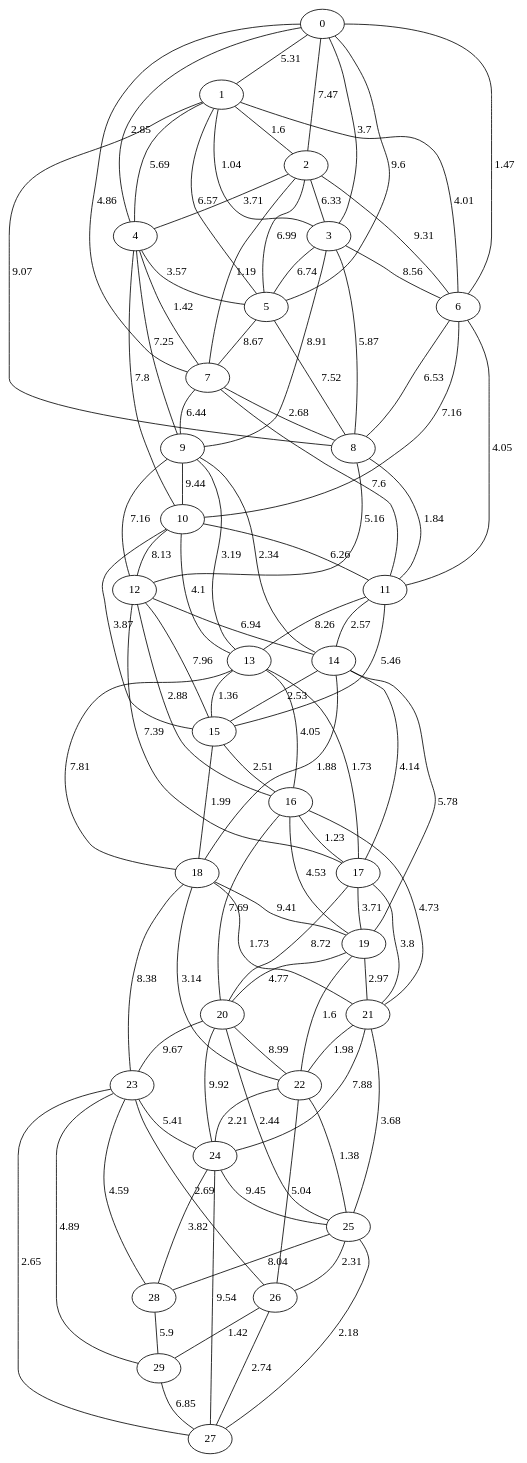
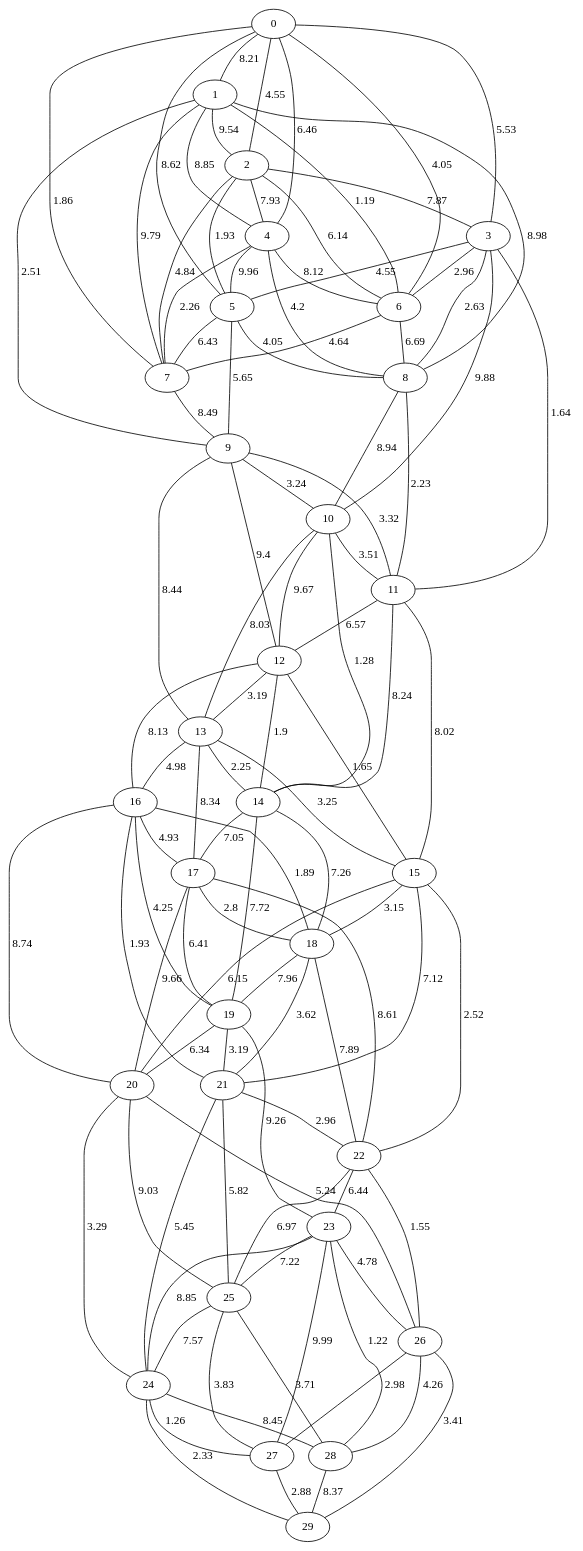
The diagram in Proyecto 4/Grafos Generados/grafo_Barabási-Albert_30_no dirigido.gv (amorac4/DAA24), drawn with Graphviz before and after one commit. The commit also changed 65 other files, not shown here.

```diff
--- a/Proyecto 4/Grafos Generados/grafo_Barabási-Albert_30_no dirigido.gv
+++ b/Proyecto 4/Grafos Generados/grafo_Barabási-Albert_30_no dirigido.gv
@@ -1,132 +1,133 @@
 graph G {
 "0";
 "1";
 "2";
 "3";
 "4";
 "5";
 "6";
 "7";
 "8";
 "9";
 "10";
 "11";
 "12";
 "13";
 "14";
 "15";
 "16";
 "17";
 "18";
 "19";
 "20";
 "21";
 "22";
 "23";
 "24";
 "25";
 "26";
 "27";
 "28";
 "29";
-    "14" -- "17"[label="4.14", len="4.14"];
-    "20" -- "25"[label="2.44", len="2.44"];
-    "0" -- "7"[label="4.86", len="4.86"];
-    "17" -- "20"[label="8.72", len="8.72"];
-    "13" -- "17"[label="1.73", len="1.73"];
-    "1" -- "6"[label="4.01", len="4.01"];
-    "18" -- "19"[label="9.41", len="9.41"];
-    "23" -- "26"[label="2.69", len="2.69"];
-    "2" -- "5"[label="6.99", len="6.99"];
-    "5" -- "8"[label="7.52", len="7.52"];
-    "24" -- "27"[label="9.54", len="9.54"];
-    "6" -- "10"[label="7.16", len="7.16"];
-    "14" -- "18"[label="1.88", len="1.88"];
-    "25" -- "26"[label="2.31", len="2.31"];
-    "12" -- "17"[label="7.39", len="7.39"];
-    "0" -- "4"[label="2.85", len="2.85"];
-    "4" -- "10"[label="7.8", len="7.8"];
-    "2" -- "6"[label="9.31", len="9.31"];
-    "9" -- "14"[label="2.34", len="2.34"];
-    "4" -- "5"[label="3.57", len="3.57"];
-    "10" -- "13"[label="4.1", len="4.1"];
-    "14" -- "15"[label="2.53", len="2.53"];
-    "16" -- "19"[label="4.53", len="4.53"];
-    "0" -- "1"[label="5.31", len="5.31"];
-    "22" -- "25"[label="1.38", len="1.38"];
-    "8" -- "12"[label="5.16", len="5.16"];
-    "23" -- "28"[label="4.59", len="4.59"];
-    "11" -- "15"[label="5.46", len="5.46"];
-    "15" -- "16"[label="2.51", len="2.51"];
-    "7" -- "8"[label="2.68", len="2.68"];
-    "21" -- "24"[label="7.88", len="7.88"];
-    "22" -- "26"[label="5.04", len="5.04"];
-    "26" -- "29"[label="1.42", len="1.42"];
-    "13" -- "16"[label="4.05", len="4.05"];
-    "1" -- "5"[label="6.57", len="6.57"];
-    "3" -- "6"[label="8.56", len="8.56"];
-    "24" -- "28"[label="3.82", len="3.82"];
-    "6" -- "11"[label="4.05", len="4.05"];
-    "14" -- "19"[label="5.78", len="5.78"];
-    "0" -- "5"[label="9.6", len="9.6"];
-    "18" -- "21"[label="1.73", len="1.73"];
-    "23" -- "24"[label="5.41", len="5.41"];
-    "3" -- "5"[label="6.74", len="6.74"];
-    "2" -- "7"[label="1.19", len="1.19"];
-    "9" -- "13"[label="3.19", len="3.19"];
-    "5" -- "7"[label="8.67", len="8.67"];
-    "24" -- "25"[label="9.45", len="9.45"];
-    "16" -- "20"[label="7.69", len="7.69"];
-    "0" -- "2"[label="7.47", len="7.47"];
-    "1" -- "3"[label="1.04", len="1.04"];
-    "18" -- "22"[label="3.14", len="3.14"];
-    "28" -- "29"[label="5.9", len="5.9"];
-    "10" -- "15"[label="3.87", len="3.87"];
-    "11" -- "14"[label="2.57", len="2.57"];
-    "19" -- "22"[label="1.6", len="1.6"];
-    "7" -- "11"[label="7.6", len="7.6"];
-    "16" -- "17"[label="1.23", len="1.23"];
-    "11" -- "13"[label="8.26", len="8.26"];
-    "19" -- "21"[label="2.97", len="2.97"];
-    "12" -- "14"[label="6.94", len="6.94"];
-    "20" -- "22"[label="8.99", len="8.99"];
-    "13" -- "15"[label="1.36", len="1.36"];
-    "1" -- "4"[label="5.69", len="5.69"];
-    "3" -- "9"[label="8.91", len="8.91"];
-    "2" -- "3"[label="6.33", len="6.33"];
-    "6" -- "8"[label="6.53", len="6.53"];
-    "20" -- "24"[label="9.92", len="9.92"];
-    "0" -- "6"[label="1.47", len="1.47"];
-    "17" -- "21"[label="3.8", len="3.8"];
-    "13" -- "18"[label="7.81", len="7.81"];
-    "23" -- "27"[label="2.65", len="2.65"];
-    "2" -- "4"[label="3.71", len="3.71"];
-    "9" -- "12"[label="7.16", len="7.16"];
-    "4" -- "7"[label="1.42", len="1.42"];
-    "10" -- "11"[label="6.26", len="6.26"];
-    "25" -- "27"[label="2.18", len="2.18"];
-    "16" -- "21"[label="4.73", len="4.73"];
-    "12" -- "16"[label="2.88", len="2.88"];
-    "0" -- "3"[label="3.7", len="3.7"];
-    "29" -- "27"[label="6.85", len="6.85"];
-    "1" -- "2"[label="1.6", len="1.6"];
-    "18" -- "23"[label="8.38", len="8.38"];
-    "4" -- "9"[label="7.25", len="7.25"];
-    "10" -- "12"[label="8.13", len="8.13"];
-    "15" -- "18"[label="1.99", len="1.99"];
-    "17" -- "19"[label="3.71", len="3.71"];
-    "22" -- "24"[label="2.21", len="2.21"];
-    "8" -- "11"[label="1.84", len="1.84"];
-    "23" -- "29"[label="4.89", len="4.89"];
-    "9" -- "10"[label="9.44", len="9.44"];
-    "19" -- "20"[label="4.77", len="4.77"];
-    "25" -- "28"[label="8.04", len="8.04"];
-    "7" -- "9"[label="6.44", len="6.44"];
-    "21" -- "25"[label="3.68", len="3.68"];
-    "12" -- "15"[label="7.96", len="7.96"];
-    "20" -- "23"[label="9.67", len="9.67"];
-    "26" -- "27"[label="2.74", len="2.74"];
-    "21" -- "22"[label="1.98", len="1.98"];
-    "3" -- "8"[label="5.87", len="5.87"];
-    "1" -- "8"[label="9.07", len="9.07"];
+    "14" -- "17"[label="7.05", len="7.05"];
+    "20" -- "25"[label="9.03", len="9.03"];
+    "15" -- "20"[label="6.15", len="6.15"];
+    "26" -- "28"[label="4.26", len="4.26"];
+    "0" -- "7"[label="1.86", len="1.86"];
+    "17" -- "20"[label="9.66", len="9.66"];
+    "13" -- "17"[label="8.34", len="8.34"];
+    "1" -- "6"[label="1.19", len="1.19"];
+    "18" -- "19"[label="7.96", len="7.96"];
+    "23" -- "26"[label="4.78", len="4.78"];
+    "2" -- "5"[label="1.93", len="1.93"];
+    "5" -- "8"[label="4.05", len="4.05"];
+    "6" -- "7"[label="4.64", len="4.64"];
+    "24" -- "27"[label="1.26", len="1.26"];
+    "14" -- "18"[label="7.26", len="7.26"];
+    "0" -- "4"[label="6.46", len="6.46"];
+    "23" -- "25"[label="7.22", len="7.22"];
+    "2" -- "6"[label="6.14", len="6.14"];
+    "4" -- "5"[label="9.96", len="9.96"];
+    "10" -- "13"[label="8.03", len="8.03"];
+    "16" -- "19"[label="4.25", len="4.25"];
+    "0" -- "1"[label="8.21", len="8.21"];
+    "17" -- "18"[label="2.8", len="2.8"];
+    "22" -- "25"[label="6.97", len="6.97"];
+    "23" -- "28"[label="1.22", len="1.22"];
+    "10" -- "14"[label="1.28", len="1.28"];
+    "19" -- "23"[label="9.26", len="9.26"];
+    "11" -- "15"[label="8.02", len="8.02"];
+    "21" -- "24"[label="5.45", len="5.45"];
+    "22" -- "23"[label="6.44", len="6.44"];
+    "22" -- "26"[label="1.55", len="1.55"];
+    "3" -- "11"[label="1.64", len="1.64"];
+    "20" -- "26"[label="5.24", len="5.24"];
+    "12" -- "13"[label="3.19", len="3.19"];
+    "26" -- "29"[label="3.41", len="3.41"];
+    "13" -- "16"[label="4.98", len="4.98"];
+    "3" -- "6"[label="2.96", len="2.96"];
+    "24" -- "28"[label="8.45", len="8.45"];
+    "14" -- "19"[label="7.72", len="7.72"];
+    "0" -- "5"[label="8.62", len="8.62"];
+    "17" -- "22"[label="8.61", len="8.61"];
+    "18" -- "21"[label="3.62", len="3.62"];
+    "23" -- "24"[label="8.85", len="8.85"];
+    "3" -- "5"[label="4.55", len="4.55"];
+    "2" -- "7"[label="4.84", len="4.84"];
+    "9" -- "13"[label="8.44", len="8.44"];
+    "4" -- "6"[label="8.12", len="8.12"];
+    "5" -- "7"[label="6.43", len="6.43"];
+    "25" -- "24"[label="7.57", len="7.57"];
+    "16" -- "20"[label="8.74", len="8.74"];
+    "0" -- "2"[label="4.55", len="4.55"];
+    "18" -- "22"[label="7.89", len="7.89"];
+    "4" -- "8"[label="4.2", len="4.2"];
+    "28" -- "29"[label="8.37", len="8.37"];
+    "11" -- "14"[label="8.24", len="8.24"];
+    "16" -- "17"[label="4.93", len="4.93"];
+    "3" -- "10"[label="9.88", len="9.88"];
+    "8" -- "10"[label="8.94", len="8.94"];
+    "9" -- "11"[label="3.32", len="3.32"];
+    "19" -- "21"[label="3.19", len="3.19"];
+    "15" -- "22"[label="2.52", len="2.52"];
+    "12" -- "14"[label="1.9", len="1.9"];
+    "13" -- "15"[label="3.25", len="3.25"];
+    "1" -- "4"[label="8.85", len="8.85"];
+    "2" -- "3"[label="7.87", len="7.87"];
+    "1" -- "9"[label="2.51", len="2.51"];
+    "24" -- "29"[label="2.33", len="2.33"];
+    "6" -- "8"[label="6.69", len="6.69"];
+    "20" -- "24"[label="3.29", len="3.29"];
+    "15" -- "21"[label="7.12", len="7.12"];
+    "0" -- "6"[label="4.05", len="4.05"];
+    "1" -- "7"[label="9.79", len="9.79"];
+    "23" -- "27"[label="9.99", len="9.99"];
+    "2" -- "4"[label="7.93", len="7.93"];
+    "9" -- "12"[label="9.4", len="9.4"];
+    "5" -- "9"[label="5.65", len="5.65"];
+    "4" -- "7"[label="2.26", len="2.26"];
+    "10" -- "11"[label="3.51", len="3.51"];
+    "25" -- "27"[label="3.83", len="3.83"];
+    "16" -- "21"[label="1.93", len="1.93"];
+    "12" -- "16"[label="8.13", len="8.13"];
+    "0" -- "3"[label="5.53", len="5.53"];
+    "27" -- "29"[label="2.88", len="2.88"];
+    "1" -- "2"[label="9.54", len="9.54"];
+    "10" -- "12"[label="9.67", len="9.67"];
+    "15" -- "18"[label="3.15", len="3.15"];
+    "16" -- "18"[label="1.89", len="1.89"];
+    "17" -- "19"[label="6.41", len="6.41"];
+    "8" -- "11"[label="2.23", len="2.23"];
+    "9" -- "10"[label="3.24", len="3.24"];
+    "11" -- "12"[label="6.57", len="6.57"];
+    "19" -- "20"[label="6.34", len="6.34"];
+    "25" -- "28"[label="3.71", len="3.71"];
+    "7" -- "9"[label="8.49", len="8.49"];
+    "21" -- "25"[label="5.82", len="5.82"];
+    "12" -- "15"[label="1.65", len="1.65"];
+    "26" -- "27"[label="2.98", len="2.98"];
+    "13" -- "14"[label="2.25", len="2.25"];
+    "21" -- "22"[label="2.96", len="2.96"];
+    "3" -- "8"[label="2.63", len="2.63"];
+    "1" -- "8"[label="8.98", len="8.98"];
 }
```
